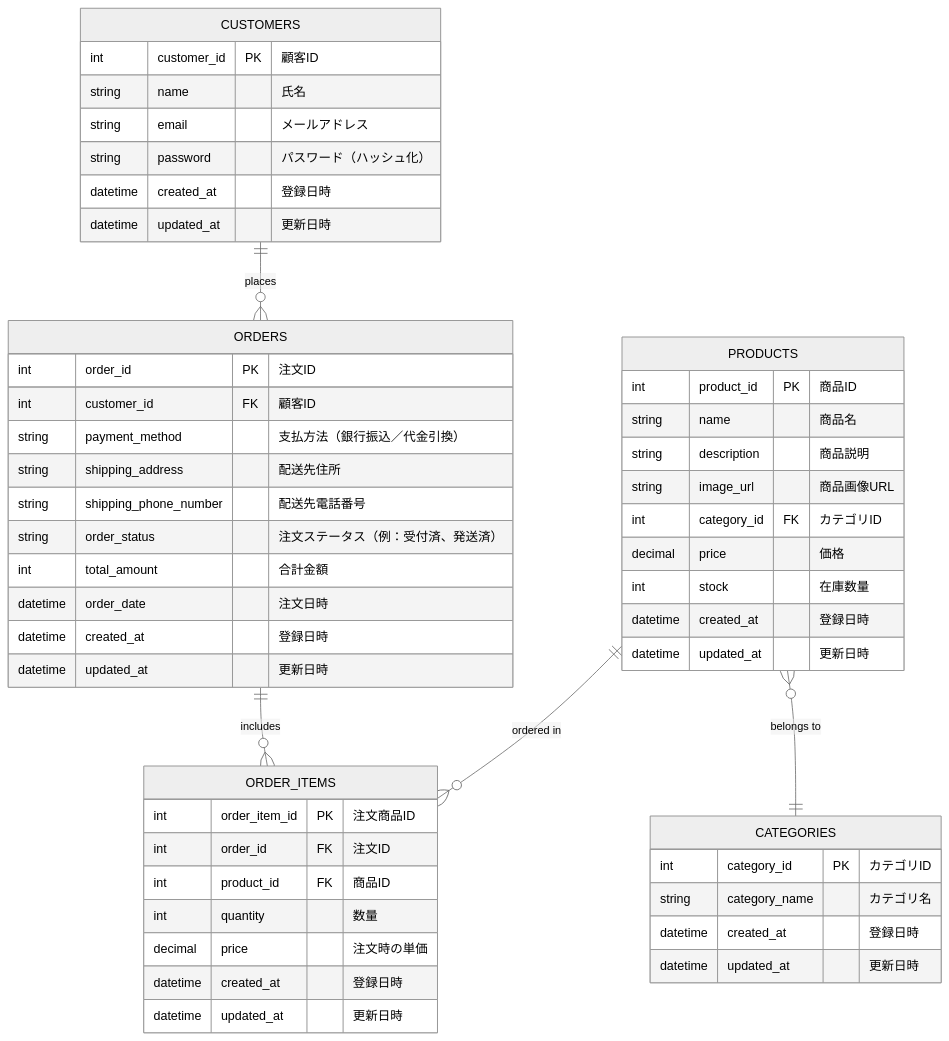
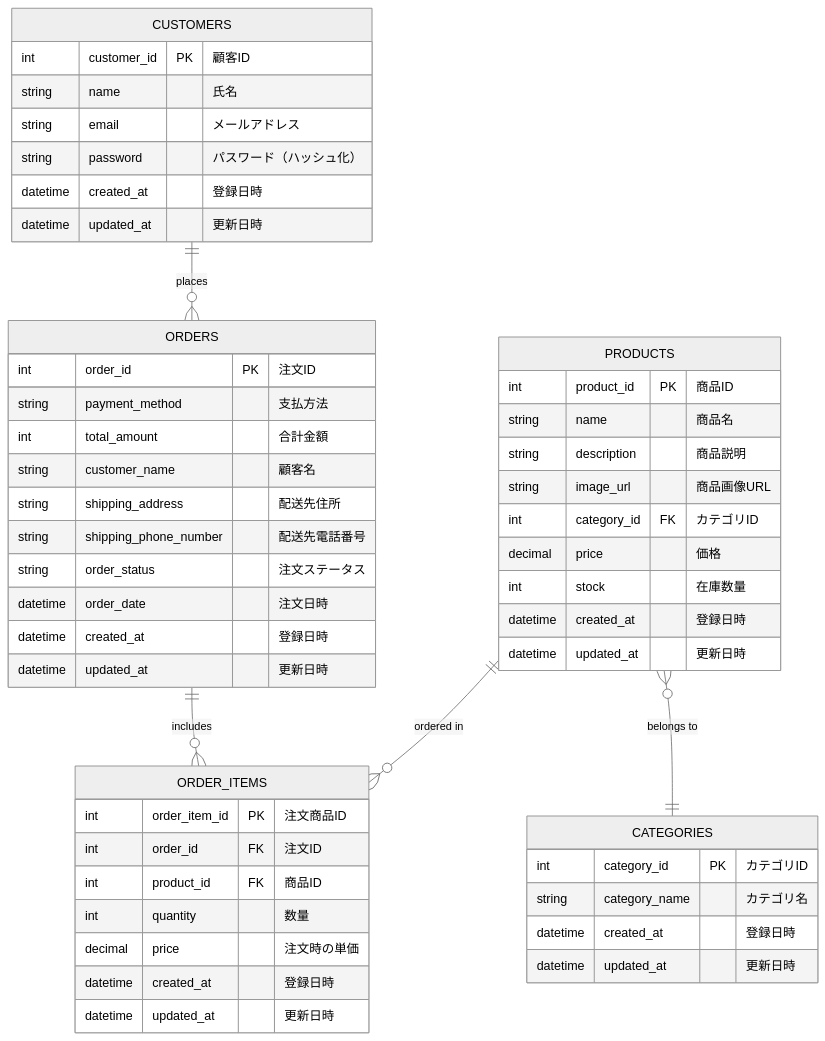
Diagram 12 of 13 in 詳細設計書/詳細設計書.md (Rikumt12/Popcorn), drawn with Mermaid (neutral theme) before and after one commit.

Commit message:
orders修正

````diff
--- a/詳細設計書/詳細設計書.md
+++ b/詳細設計書/詳細設計書.md
@@ -1075,55 +1075,55 @@
 ```mermaid
 
 erDiagram
     CUSTOMERS ||--o{ ORDERS : "places"
     PRODUCTS }o--|| CATEGORIES : "belongs to"
     ORDERS ||--o{ ORDER_ITEMS : "includes"
     PRODUCTS ||--o{ ORDER_ITEMS : "ordered in"
 
     CUSTOMERS {
         int customer_id PK "顧客ID"
         string name "氏名"
         string email "メールアドレス"
         string password "パスワード（ハッシュ化）"
         datetime created_at "登録日時"
         datetime updated_at "更新日時"
     }
     PRODUCTS {
         int product_id PK "商品ID"
         string name "商品名"
         string description "商品説明"
         string image_url "商品画像URL"
         int category_id FK "カテゴリID"
         decimal price "価格"
         int stock "在庫数量"
         datetime created_at "登録日時"
         datetime updated_at "更新日時"
     }
     CATEGORIES {
         int category_id PK "カテゴリID"
         string category_name "カテゴリ名"
         datetime created_at "登録日時"
         datetime updated_at "更新日時"
     }
     ORDERS {
         int order_id PK "注文ID"
-        int customer_id FK "顧客ID"
-        string payment_method "支払方法（銀行振込／代金引換）"
+        string payment_method "支払方法"
+        int total_amount "合計金額"
+        string customer_name "顧客名"
         string shipping_address "配送先住所"
         string shipping_phone_number "配送先電話番号"
-        string order_status "注文ステータス（例：受付済、発送済）"
-        int total_amount "合計金額"
+        string order_status "注文ステータス"
         datetime order_date "注文日時"
         datetime created_at "登録日時"
         datetime updated_at "更新日時"
     }
     ORDER_ITEMS {
         int order_item_id PK "注文商品ID"
         int order_id FK "注文ID"
         int product_id FK "商品ID"
         int quantity "数量"
         decimal price "注文時の単価"
         datetime created_at "登録日時"
         datetime updated_at "更新日時"
     }
 ```
````
